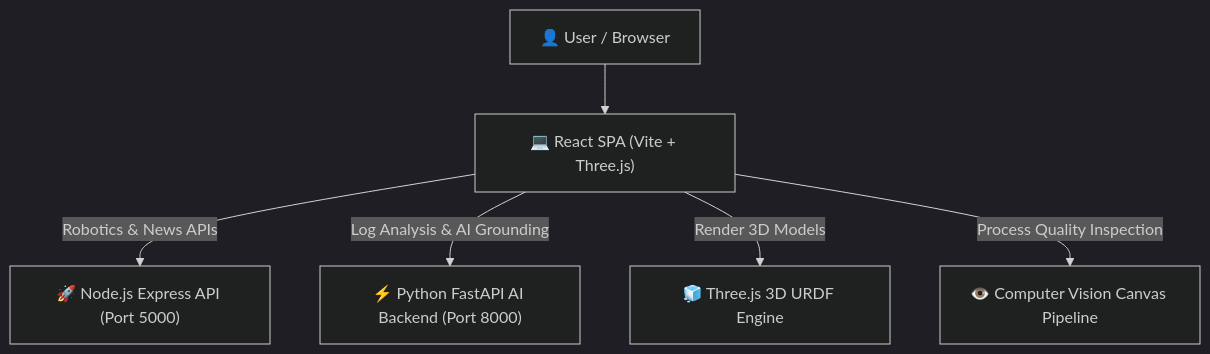
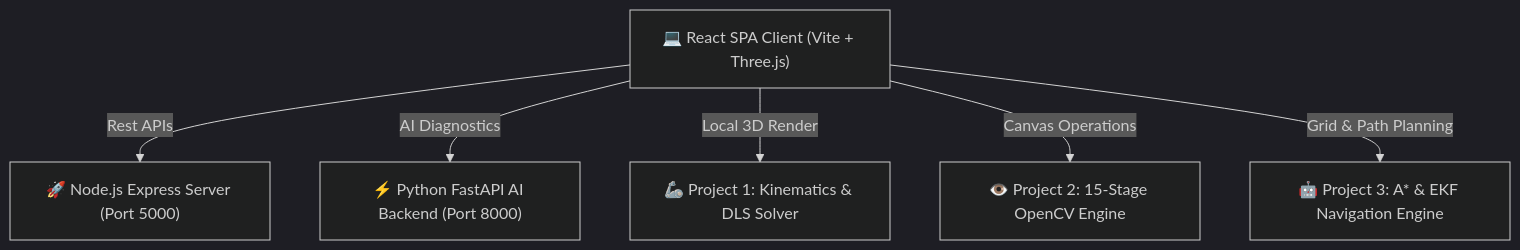
Before and after one commit to yyasjosh233-hub/DecodeLabs-Internship: the diagram in README.md, drawn with Mermaid (dark theme). The commit also changed other lines of this file and 5 other files, not shown here.

````diff
--- a/README.md
+++ b/README.md
@@ -28,15 +135,15 @@
 ```mermaid
 graph TD
-    User["👤 User / Browser"]
-    Client["💻 React SPA (Vite + Three.js)"]
-    Express["🚀 Node.js Express API (Port 5000)"]
+    Client["💻 React SPA Client (Vite + Three.js)"]
+    Express["🚀 Node.js Express Server (Port 5000)"]
     FastAPI["⚡ Python FastAPI AI Backend (Port 8000)"]
-    URDFEngine["🧊 Three.js 3D URDF Engine"]
-    OpenCVEngine["👁️ Computer Vision Canvas Pipeline"]
+    KinematicsEngine["🦾 Project 1: Kinematics & DLS Solver"]
+    VisionEngine["👁️ Project 2: 15-Stage OpenCV Engine"]
+    AMREngine["🤖 Project 3: A* & EKF Navigation Engine"]
 
-    User --> Client
-    Client -->|Robotics & News APIs| Express
-    Client -->|Log Analysis & AI Grounding| FastAPI
-    Client -->|Render 3D Models| URDFEngine
-    Client -->|Process Quality Inspection| OpenCVEngine
+    Client -->|Rest APIs| Express
+    Client -->|AI Diagnostics| FastAPI
+    Client -->|Local 3D Render| KinematicsEngine
+    Client -->|Canvas Operations| VisionEngine
+    Client -->|Grid & Path Planning| AMREngine
 ```
````
